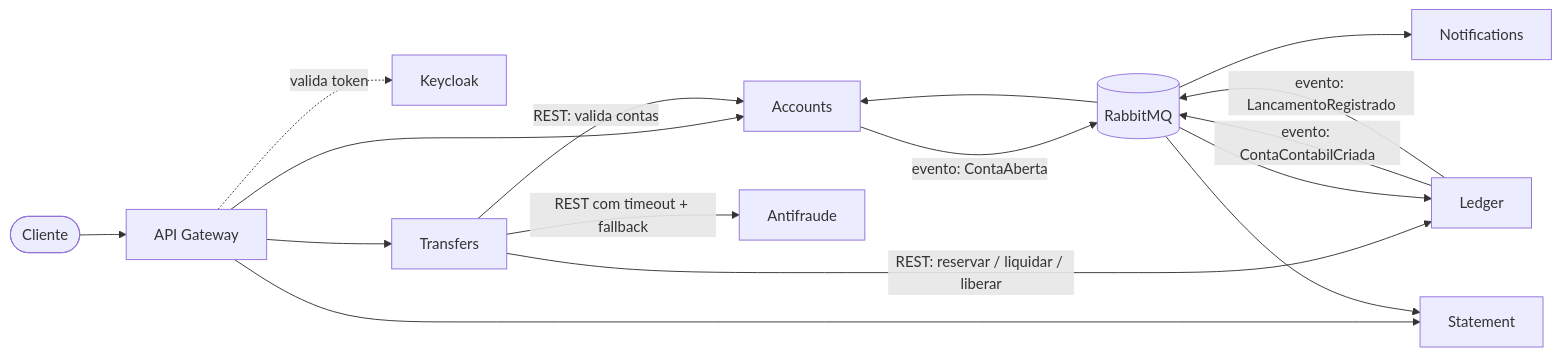
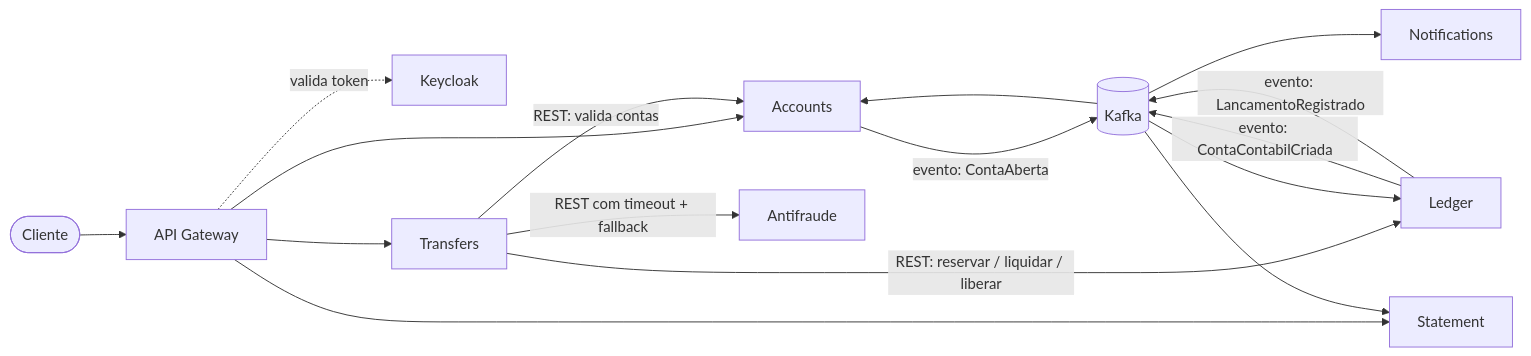
Before and after one commit to ErickSoares95/KiPay: the diagram in docs/arquitetura/visao-geral.md, drawn with Mermaid. The commit also changed other lines of this file and 3 other files, not shown here.

````diff
--- a/docs/arquitetura/visao-geral.md
+++ b/docs/arquitetura/visao-geral.md
@@ -58,21 +58,21 @@
 ```mermaid
 flowchart LR
     Cliente([Cliente]) --> GW[API Gateway]
     GW -. valida token .-> KC[Keycloak]
     GW --> ACC[Accounts]
     GW --> TRF[Transfers]
     GW --> STM[Statement]
 
     TRF -- "REST: valida contas" --> ACC
     TRF -- "REST: reservar / liquidar / liberar" --> LED[Ledger]
     TRF -- "REST com timeout + fallback" --> AF[Antifraude]
 
-    ACC -- "evento: ContaAberta" --> MQ[(RabbitMQ)]
+    ACC -- "evento: ContaAberta" --> MQ[(Kafka)]
     MQ --> LED
     LED -- "evento: ContaContabilCriada" --> MQ
     MQ --> ACC
 
     LED -- "evento: LancamentoRegistrado" --> MQ
     MQ --> STM
     MQ --> NTF[Notifications]
 ```
````
